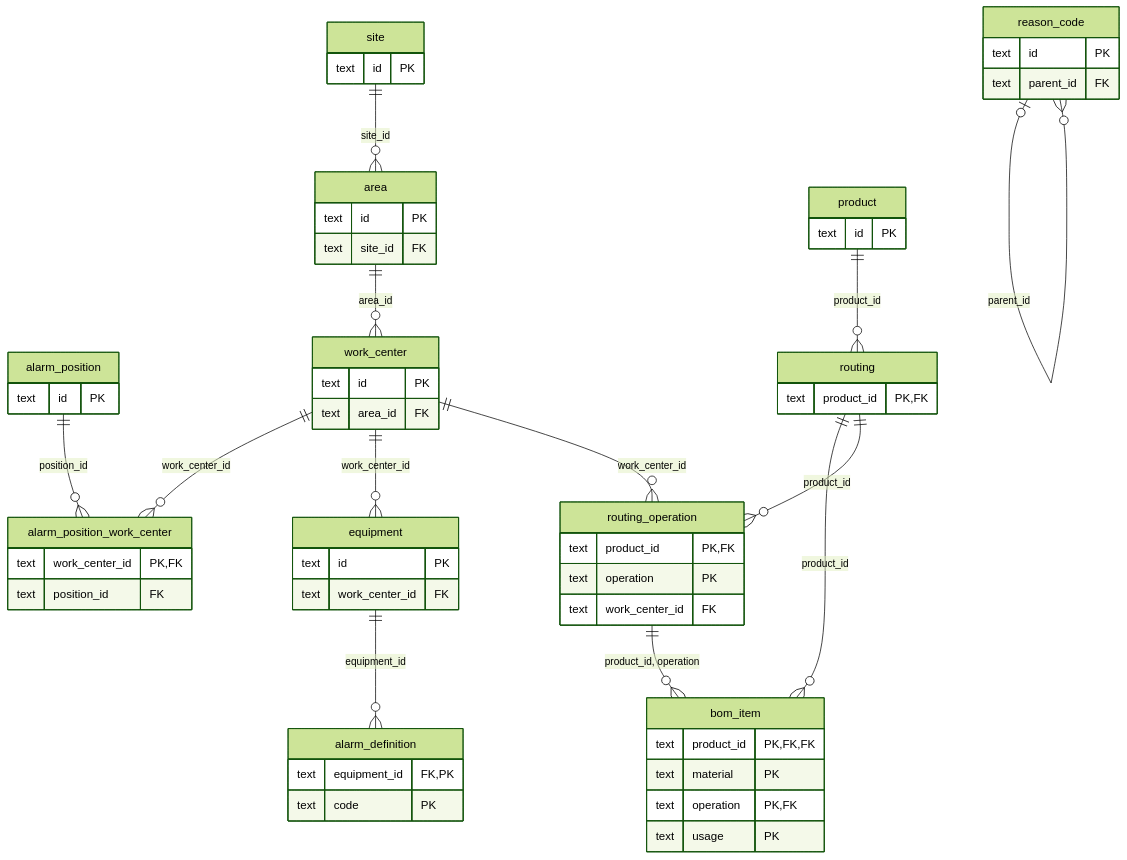
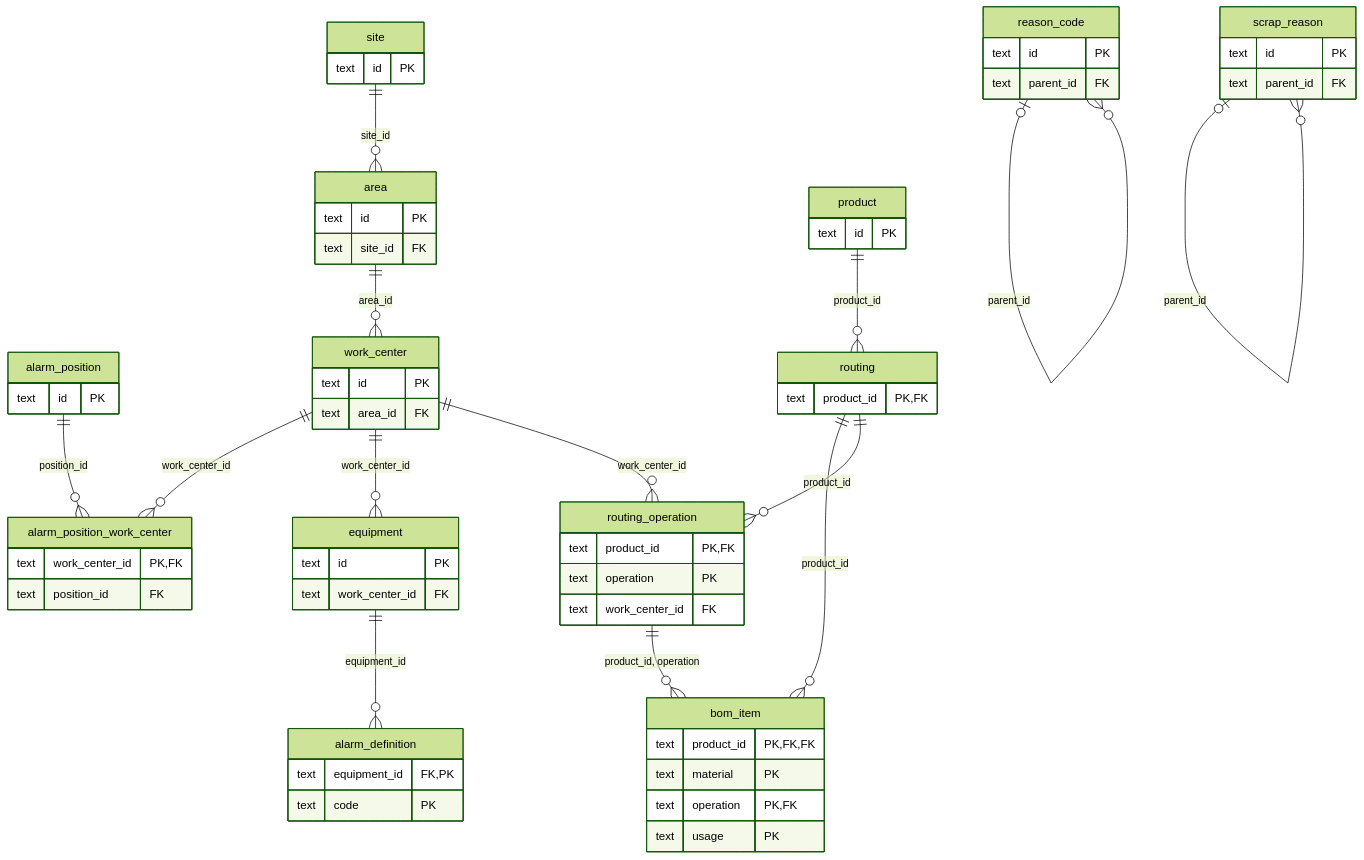
Before and after one commit to kubilayture/shopfloor-twin: the first of 6 diagrams in docs/data-model.md, drawn with Mermaid (forest theme). The commit also changed other lines of this file and 46 other files, not shown here.

````diff
--- a/docs/data-model.md
+++ b/docs/data-model.md
@@ -167,62 +181,67 @@
 ```mermaid
 erDiagram
   alarm_definition {
     text equipment_id FK, PK
     text code PK
   }
   alarm_position {
     text id PK
   }
   alarm_position_work_center {
     text work_center_id PK, FK
     text position_id FK
   }
   area {
     text id PK
     text site_id FK
   }
   bom_item {
     text product_id PK, FK, FK
     text material PK
     text operation PK, FK
     text usage PK
   }
   equipment {
     text id PK
     text work_center_id FK
   }
   product {
     text id PK
   }
   reason_code {
     text id PK
     text parent_id FK
   }
   routing {
     text product_id PK, FK
   }
   routing_operation {
     text product_id PK, FK
     text operation PK
     text work_center_id FK
   }
+  scrap_reason {
+    text id PK
+    text parent_id FK
+  }
   site {
     text id PK
   }
   work_center {
     text id PK
     text area_id FK
   }
   equipment ||--o{ alarm_definition : "equipment_id"
   alarm_position ||--o{ alarm_position_work_center : "position_id"
   work_center ||--o{ alarm_position_work_center : "work_center_id"
   site ||--o{ area : "site_id"
   routing ||--o{ bom_item : "product_id"
   routing_operation ||--o{ bom_item : "product_id, operation"
   work_center ||--o{ equipment : "work_center_id"
   reason_code |o--o{ reason_code : "parent_id"
   product ||--o{ routing : "product_id"
   routing ||--o{ routing_operation : "product_id"
   work_center ||--o{ routing_operation : "work_center_id"
+  scrap_reason |o--o{ scrap_reason : "parent_id"
   area ||--o{ work_center : "area_id"
 ```
````
